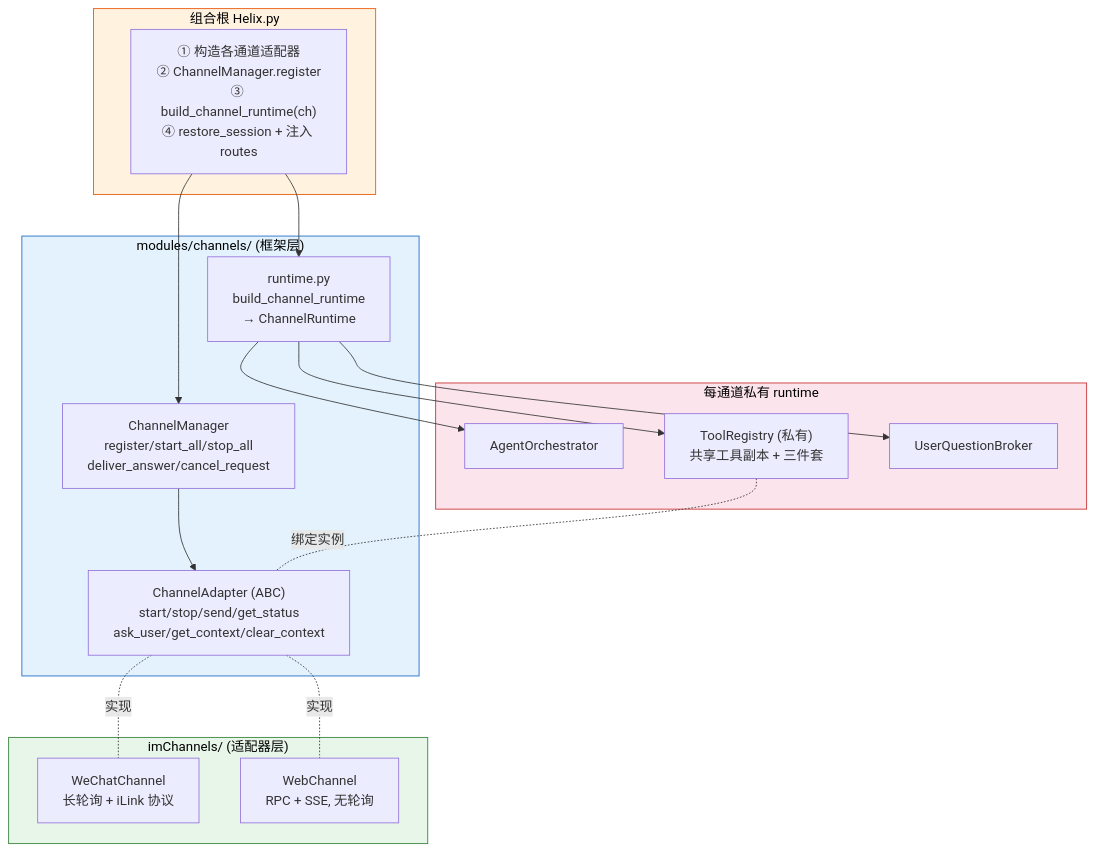
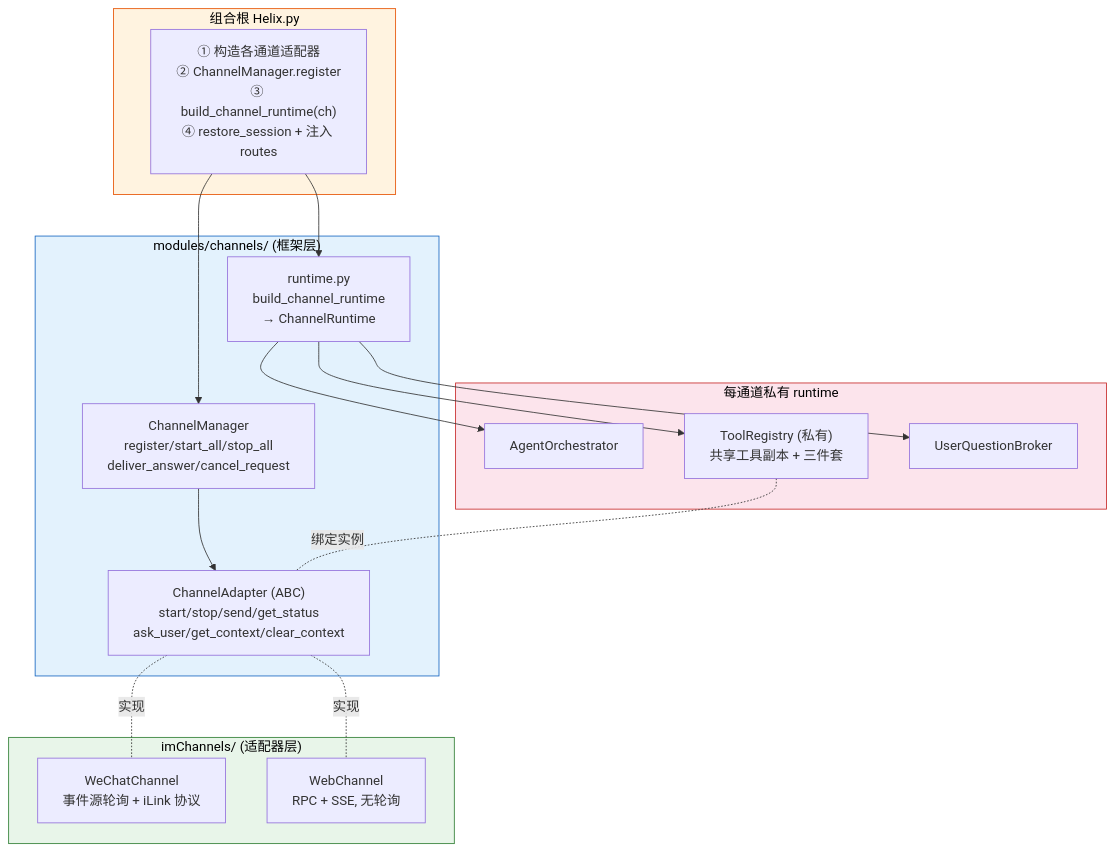
Diagram 17 of 20 in design/design.md (jimmylang74/Helix), drawn with Mermaid before and after one commit. The commit also changed other lines of this file and 12 other files, not shown here.

````diff
--- a/design/design.md
+++ b/design/design.md
@@ -1166,38 +1166,38 @@
 ```mermaid
 graph TB
     subgraph Composition["组合根 Helix.py"]
         ROOT["① 构造各通道适配器<br/>② ChannelManager.register<br/>③ build_channel_runtime(ch)<br/>④ restore_session + 注入 routes"]
     end
 
     subgraph Framework["modules/channels/ (框架层)"]
         MGR["ChannelManager<br/>register/start_all/stop_all<br/>deliver_answer/cancel_request"]
         BASE["ChannelAdapter (ABC)<br/>start/stop/send/get_status<br/>ask_user/get_context/clear_context"]
         RT["runtime.py<br/>build_channel_runtime<br/>→ ChannelRuntime"]
     end
 
     subgraph Adapters["imChannels/ (适配器层)"]
-        WC["WeChatChannel<br/>长轮询 + iLink 协议"]
+        WC["WeChatChannel<br/>事件源轮询 + iLink 协议"]
         WBC["WebChannel<br/>RPC + SSE, 无轮询"]
     end
 
     subgraph PerCh["每通道私有 runtime"]
         ORCH1["AgentOrchestrator"]
         TR1["ToolRegistry (私有)<br/>共享工具副本 + 三件套"]
         BRK["UserQuestionBroker"]
     end
 
     ROOT --> MGR
     ROOT --> RT
     MGR --> BASE
     BASE -.实现.- WC
     BASE -.实现.- WBC
     RT --> ORCH1
     RT --> TR1
     RT --> BRK
     TR1 -.绑定实例.- BASE
 
     style Composition fill:#fff3e0,stroke:#e65100,color:#000
     style Framework fill:#e3f2fd,stroke:#1565c0,color:#000
     style Adapters fill:#e8f5e9,stroke:#2e7d32,color:#000
     style PerCh fill:#fce4ec,stroke:#c62828,color:#000
 ```
````
